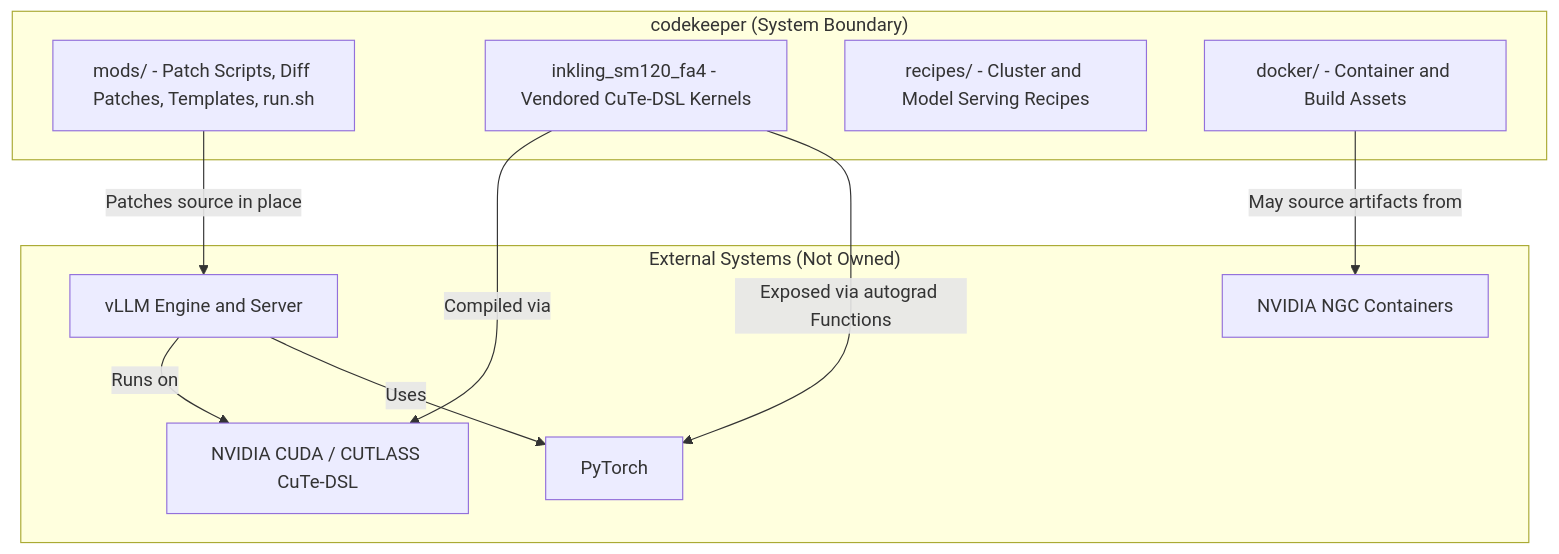
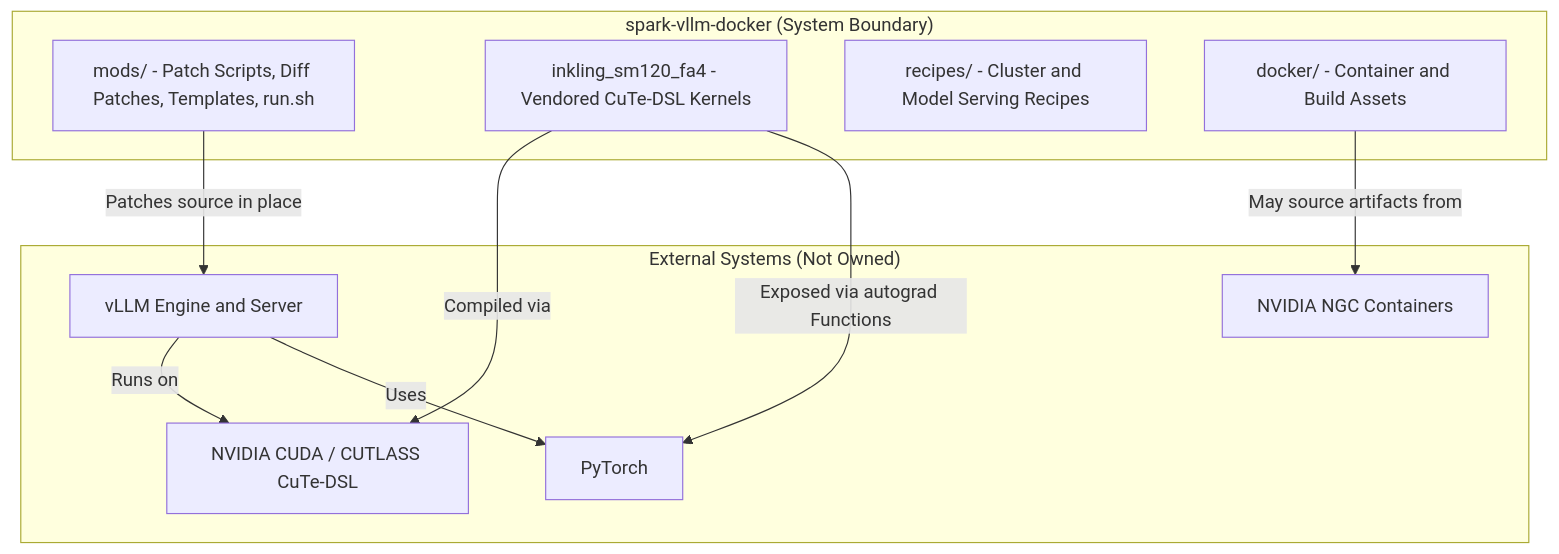
Before and after one commit to jpfulton-fultonengineeringservices/spark-vllm-docker: the first of 8 diagrams in deepwiki-rs-docs/1.Overview.md, drawn with Mermaid. The commit also changed other lines of this file and 13 other files, not shown here.

First line of the commit message:
Refactor project references from `codekeeper` to `spark-vllm-docker`

````diff
--- a/deepwiki-rs-docs/1.Overview.md
+++ b/deepwiki-rs-docs/1.Overview.md
@@ -137,23 +137,23 @@
 ```mermaid
 graph TD
-    subgraph Codekeeper["codekeeper (System Boundary)"]
+    subgraph spark-vllm-docker["spark-vllm-docker (System Boundary)"]
         Mods["mods/ - Patch Scripts, Diff Patches, Templates, run.sh"]
         Kernels["inkling_sm120_fa4 - Vendored CuTe-DSL Kernels"]
         Recipes["recipes/ - Cluster and Model Serving Recipes"]
         Docker["docker/ - Container and Build Assets"]
     end
 
     subgraph External["External Systems (Not Owned)"]
         VLLM["vLLM Engine and Server"]
         CUDA["NVIDIA CUDA / CUTLASS CuTe-DSL"]
         Torch["PyTorch"]
         NGC["NVIDIA NGC Containers"]
     end
 
     Mods -->|Patches source in place| VLLM
     Kernels -->|Compiled via| CUDA
     Kernels -->|Exposed via autograd Functions| Torch
     Docker -->|May source artifacts from| NGC
     VLLM -->|Runs on| CUDA
     VLLM -->|Uses| Torch
 ```
````
